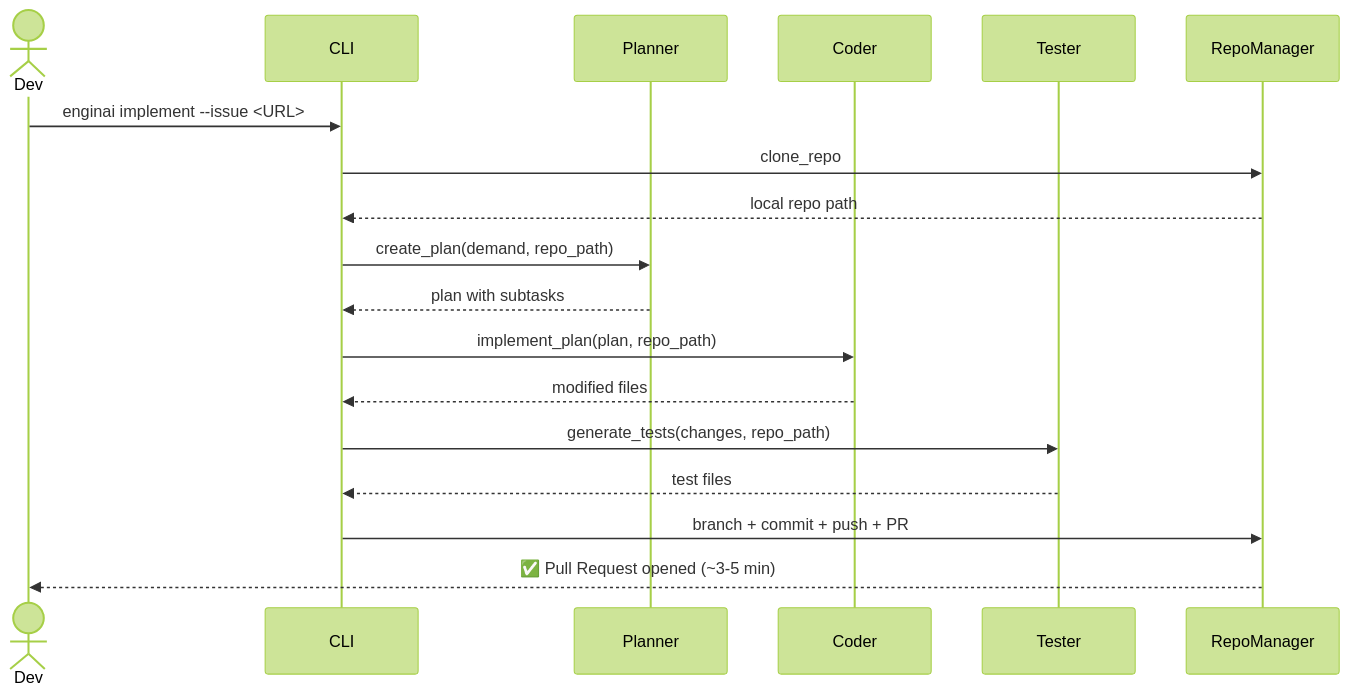
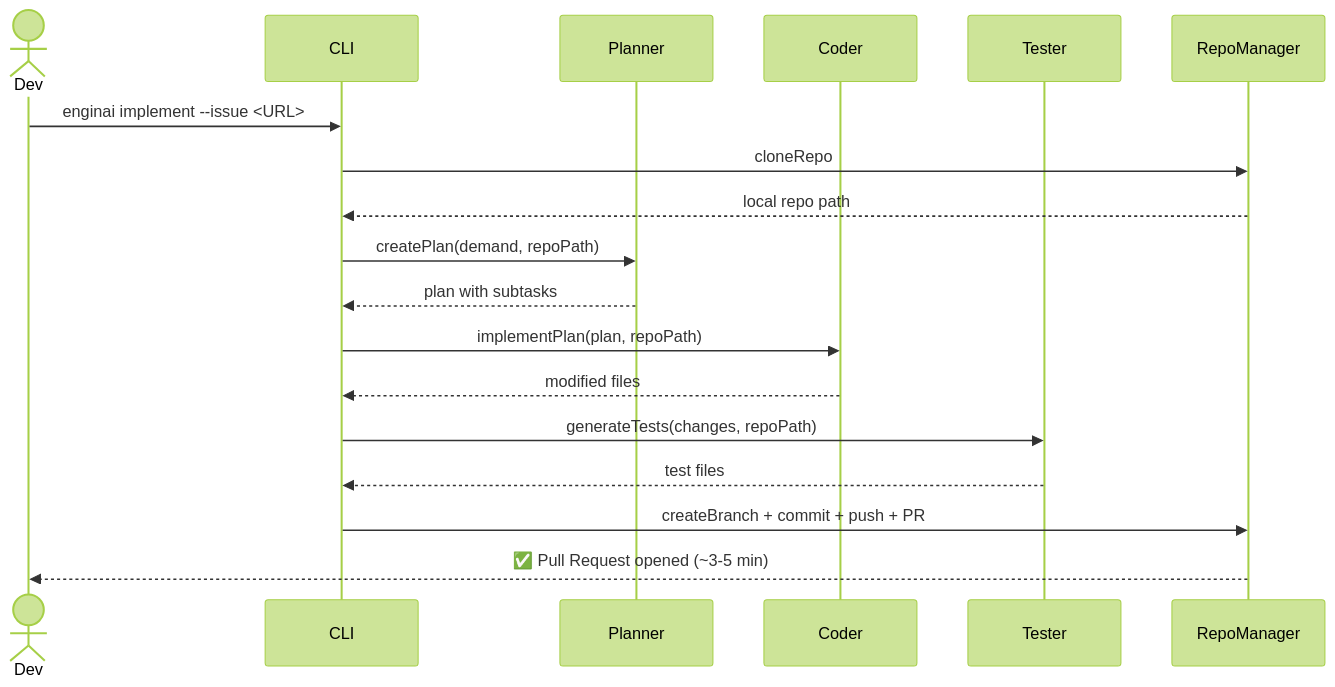
One commit to ElioNeto/enginai changed the third of 4 diagrams in README.md. Above: the diagram before and after it, drawn with Mermaid (forest theme). The commit also changed other lines of this file and 3 other files, not shown here.

````diff
--- a/README.md
+++ b/README.md
@@ -87,21 +88,21 @@
 ```mermaid
 sequenceDiagram
     actor Dev
     participant CLI
     participant Planner
     participant Coder
     participant Tester
     participant RepoManager
 
     Dev->>CLI: enginai implement --issue <URL>
-    CLI->>RepoManager: clone_repo
+    CLI->>RepoManager: cloneRepo
     RepoManager-->>CLI: local repo path
-    CLI->>Planner: create_plan(demand, repo_path)
+    CLI->>Planner: createPlan(demand, repoPath)
     Planner-->>CLI: plan with subtasks
-    CLI->>Coder: implement_plan(plan, repo_path)
+    CLI->>Coder: implementPlan(plan, repoPath)
     Coder-->>CLI: modified files
-    CLI->>Tester: generate_tests(changes, repo_path)
+    CLI->>Tester: generateTests(changes, repoPath)
     Tester-->>CLI: test files
-    CLI->>RepoManager: branch + commit + push + PR
+    CLI->>RepoManager: createBranch + commit + push + PR
     RepoManager-->>Dev: ✅ Pull Request opened (~3-5 min)
 ```
````
